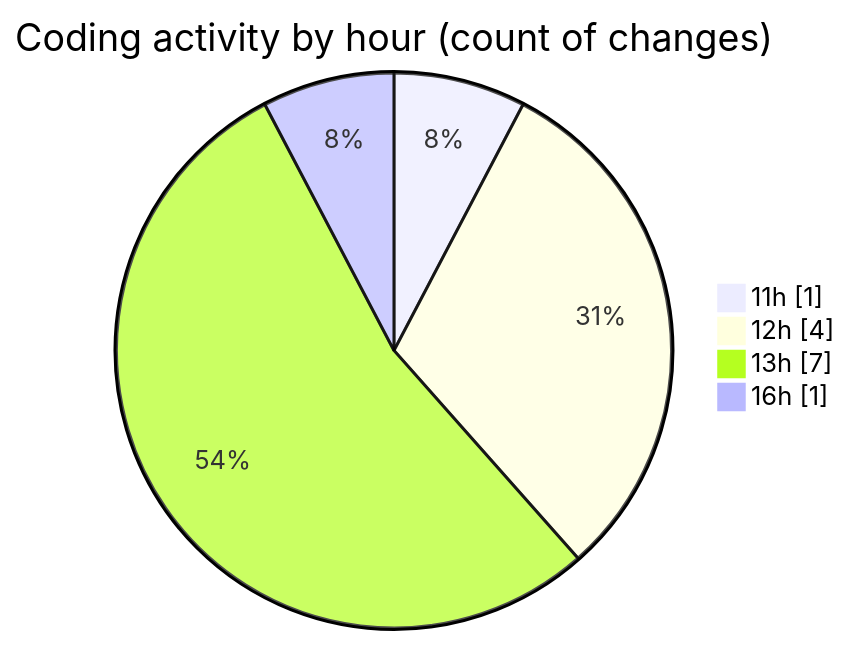
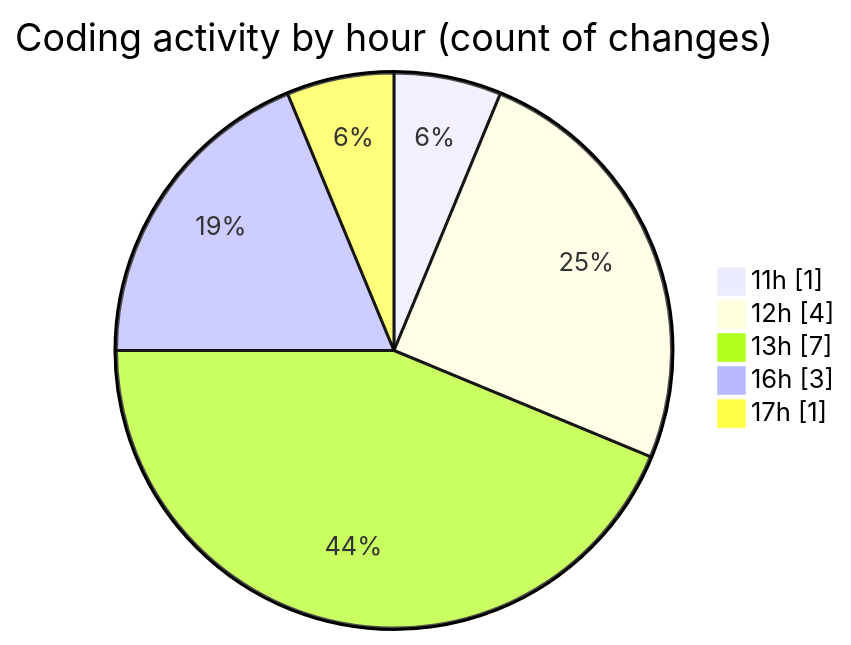
The second of 2 diagrams in 2026-05-12/nxtqube_webapp/README.md (nxtqubesakshisongat/code-tracking), drawn with Mermaid before and after one commit. The commit also changed other lines of this file and 1 other file, not shown here.

````diff
--- a/2026-05-12/nxtqube_webapp/README.md
+++ b/2026-05-12/nxtqube_webapp/README.md
@@ -31,8 +31,9 @@
 ```mermaid
 pie showData
 title Coding activity by hour (count of changes)
 "11h" : 1
 "12h" : 4
 "13h" : 7
-"16h" : 1
+"16h" : 3
+"17h" : 1
 ```
````
